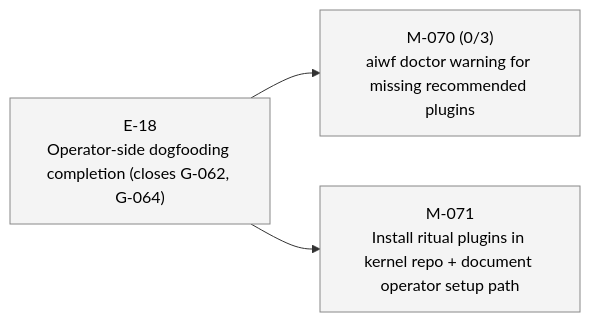
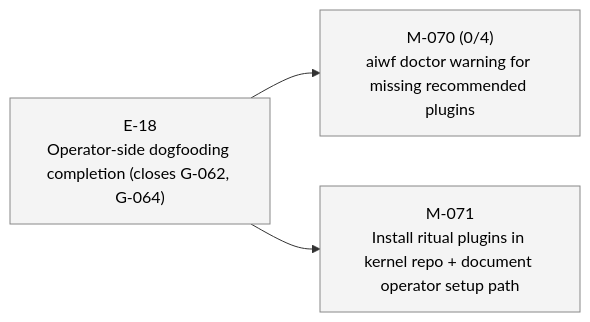
Before and after one commit to 23min/aiwf: the fourth of 4 diagrams in STATUS.md, drawn with Mermaid. The commit also changed other lines of this file and 1 other file, not shown here.

First line of the commit message:
aiwf add ac M-070/AC-4 "Empty config list means no checks fire (kernel-neutral)"

````diff
--- a/STATUS.md
+++ b/STATUS.md
@@ -80,14 +80,14 @@
 ```mermaid
 flowchart LR
   E_18["E-18<br/>Operator-side dogfooding completion (closes G-062, G-064)"]:::epic_proposed
-  M_070["M-070 (0/3)<br/>aiwf doctor warning for missing recommended plugins"]:::ms_draft
+  M_070["M-070 (0/4)<br/>aiwf doctor warning for missing recommended plugins"]:::ms_draft
   E_18 --> M_070
   M_071["M-071<br/>Install ritual plugins in kernel repo + document operator setup path"]:::ms_draft
   E_18 --> M_071
   classDef epic_active fill:#d6eaff,stroke:#1a73e8,color:#000
   classDef epic_proposed fill:#f4f4f4,stroke:#888,color:#000
   classDef ms_done fill:#d8f5d8,stroke:#2a8a2a,color:#000
   classDef ms_in_progress fill:#fff3c4,stroke:#caa400,color:#000
   classDef ms_draft fill:#f4f4f4,stroke:#888,color:#000
   classDef ms_cancelled fill:#fbeaea,stroke:#c33,color:#000
 ```
````
